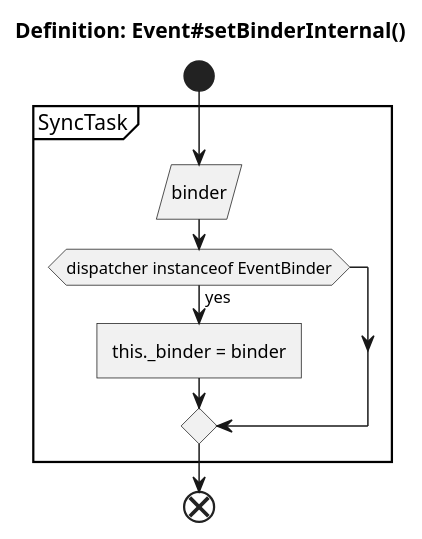
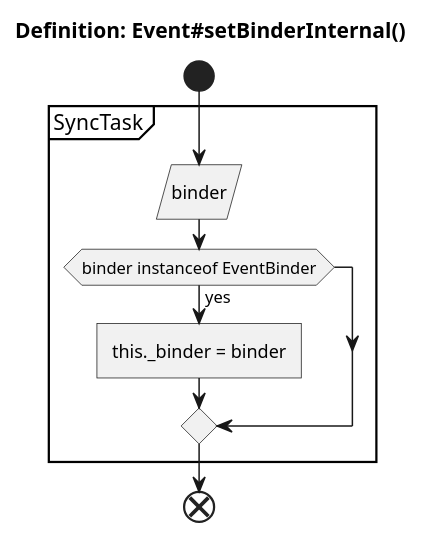
One commit to imazzine/imazzine.github.io changed diagram 28 of 50 in _uml/puml/EventTargetAPI.puml. Above: the diagram before and after it, drawn with PlantUML. The commit also changed other lines of this file and 174 other files, not shown here.

```diff
--- a/_uml/puml/EventTargetAPI.puml
+++ b/_uml/puml/EventTargetAPI.puml
@@ -435,12 +568,12 @@
 @startuml Definition_Event.setBinderInternal
     title Definition: Event#setBinderInternal()
 
     start
         partition SyncTask {
             :binder/
-            if (dispatcher instanceof EventBinder) then (yes)
+            if (binder instanceof EventBinder) then (yes)
                 :this._binder = binder]
             endif
         }
     end
 @enduml
```
